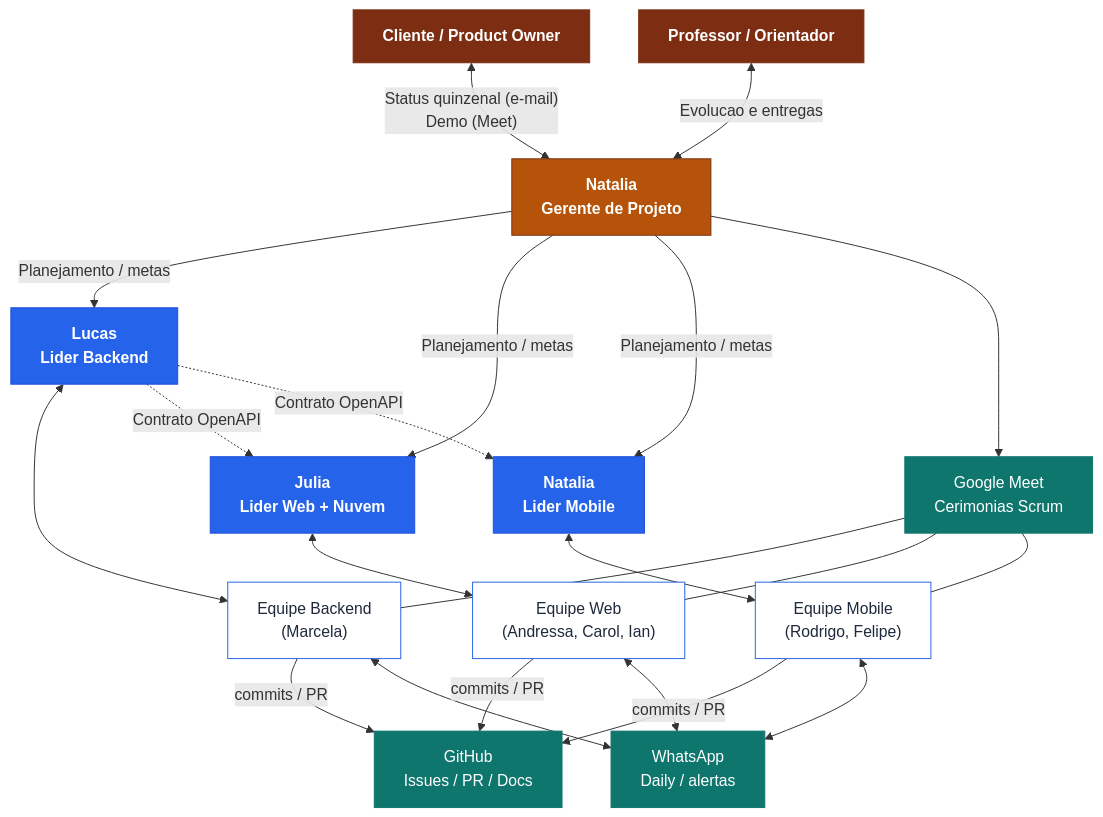
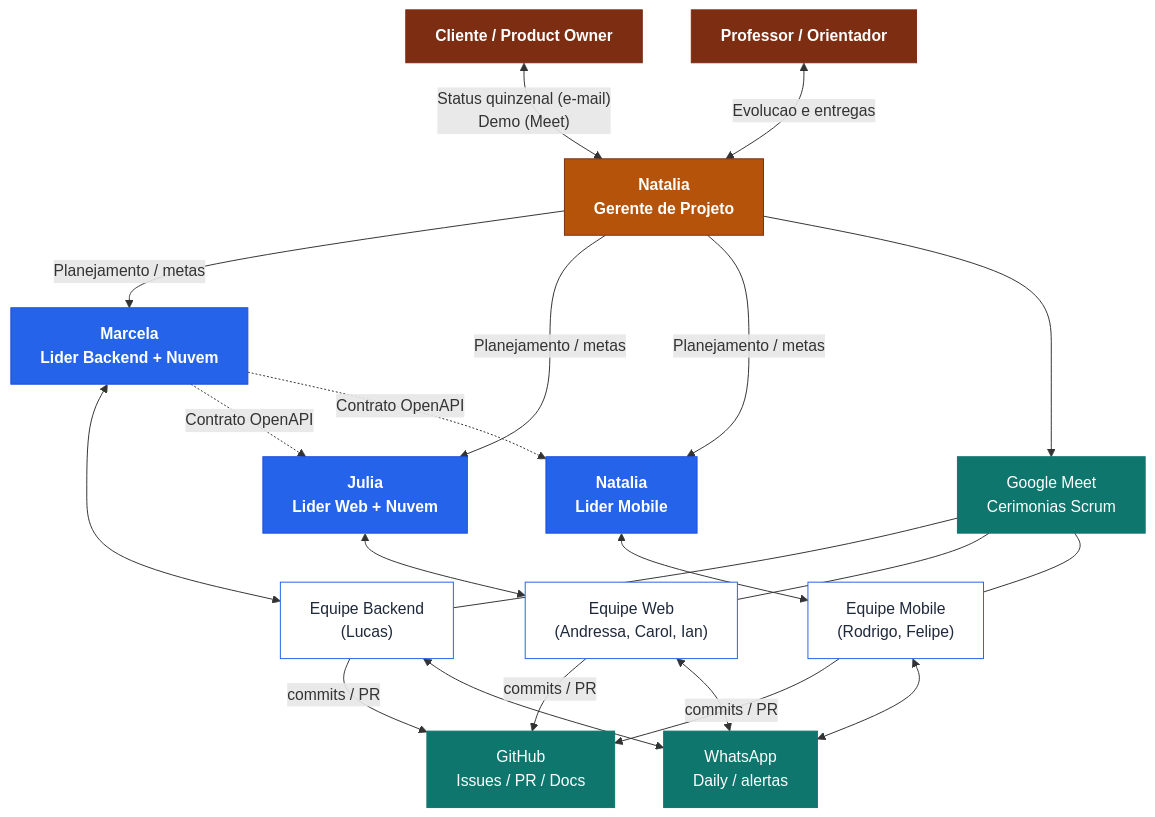
One commit to NataliaNogueira1/404NOTFOUND_Field_Ops changed the diagram in docs/gestao/plano-de-comunicacao.md. Above: the diagram before and after it, drawn with Mermaid. The commit also changed other lines of this file and 2 other files, not shown here.

Commit message:
docs: definir Marcela como lider de Backend e aprovadora dos cards de backend
Atualiza organograma, matriz RACI e plano de comunicacao: Marcela passa a liderar o Backend/Nuvem e a aprovar (A) os cards da area; Lucas fica como Dev Backend (R).

````diff
--- a/docs/gestao/plano-de-comunicacao.md
+++ b/docs/gestao/plano-de-comunicacao.md
@@ -49,57 +49,57 @@
 ```mermaid
 flowchart TD
     PO["Cliente / Product Owner"]
     ORI["Professor / Orientador"]
     GP["Natalia<br/>Gerente de Projeto"]
 
-    LB["Lucas<br/>Lider Backend"]
+    LB["Marcela<br/>Lider Backend + Nuvem"]
     LW["Julia<br/>Lider Web + Nuvem"]
     LM["Natalia<br/>Lider Mobile"]
 
-    EQB["Equipe Backend<br/>(Marcela)"]
+    EQB["Equipe Backend<br/>(Lucas)"]
     EQW["Equipe Web<br/>(Andressa, Carol, Ian)"]
     EQM["Equipe Mobile<br/>(Rodrigo, Felipe)"]
 
     GH["GitHub<br/>Issues / PR / Docs"]
     WPP["WhatsApp<br/>Daily / alertas"]
     MEET["Google Meet<br/>Cerimonias Scrum"]
 
     PO <-->|"Status quinzenal (e-mail)<br/>Demo (Meet)"| GP
     ORI <-->|"Evolucao e entregas"| GP
 
     GP -->|"Planejamento / metas"| LB
     GP -->|"Planejamento / metas"| LW
     GP -->|"Planejamento / metas"| LM
 
     LB <--> EQB
     LW <--> EQW
     LM <--> EQM
 
     LB -.->|"Contrato OpenAPI"| LW
     LB -.->|"Contrato OpenAPI"| LM
 
     EQB -->|"commits / PR"| GH
     EQW -->|"commits / PR"| GH
     EQM -->|"commits / PR"| GH
 
     EQB <--> WPP
     EQW <--> WPP
     EQM <--> WPP
 
     GP --> MEET
     MEET --- EQB
     MEET --- EQW
     MEET --- EQM
 
     classDef ext fill:#7C2D12,stroke:#7C2D12,color:#fff,font-weight:bold;
     classDef gp fill:#B45309,stroke:#7C2D12,color:#fff,font-weight:bold;
     classDef lider fill:#2563EB,stroke:#1D4ED8,color:#fff,font-weight:bold;
     classDef eq fill:#FFFFFF,stroke:#2563EB,color:#1E293B;
     classDef canal fill:#0F766E,stroke:#0F766E,color:#fff;
 
     class PO,ORI ext;
     class GP gp;
     class LB,LW,LM lider;
     class EQB,EQW,EQM eq;
     class GH,WPP,MEET canal;
 ```
````
